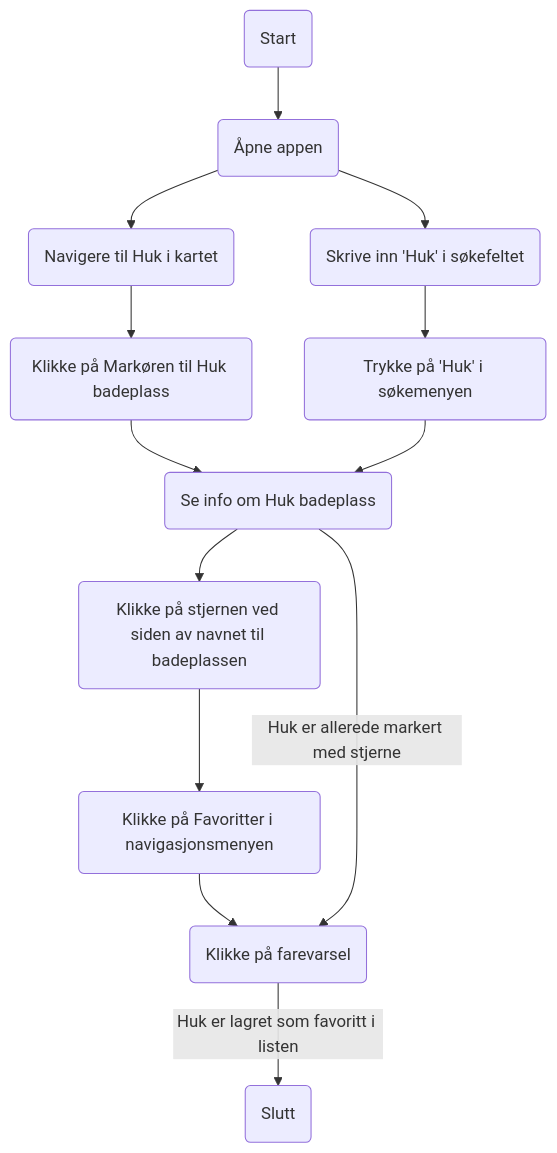
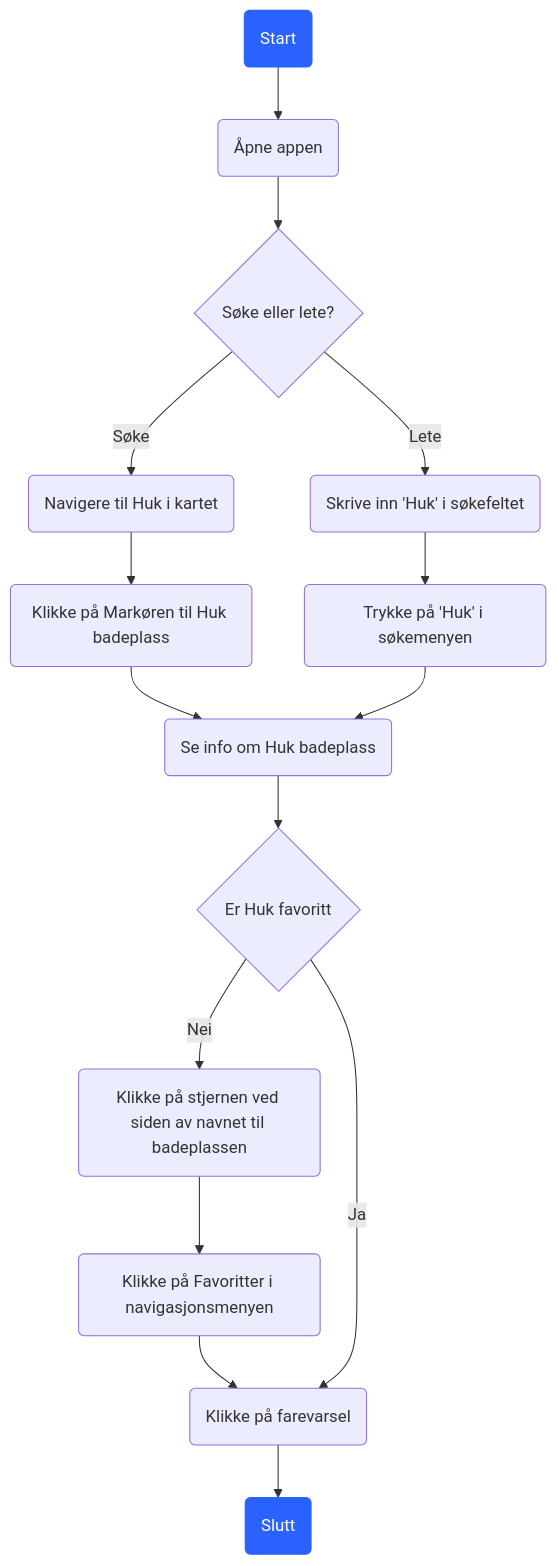
One commit to priyanshuaroraa1/Android-studio-sysdev changed the fourth of 5 diagrams in MODELING.md. Above: the diagram before and after it, drawn with Mermaid. The commit also changed other lines of this file, not shown here.

````diff
--- a/MODELING.md
+++ b/MODELING.md
@@ -182,22 +192,28 @@
 ```mermaid
 flowchart  TD
 
 %% Nodes
 A(Start)
 B(Åpne appen)
 C(Navigere til Huk i kartet)
 I(Skrive inn 'Huk' i søkefeltet)
 J(Trykke på 'Huk' i søkemenyen)
 D(Klikke på Markøren til Huk badeplass)
 K(Se info om Huk badeplass)
 E(Klikke på stjernen ved siden av navnet til badeplassen)
 F(Klikke på Favoritter i navigasjonsmenyen)
 G(Klikke på farevarsel)
 H(Slutt)
+L{Søke eller lete?}
+M{Er Huk favoritt}
 
 %% Edge connections between nodes
-A  -->  B  -->  C  -->  D  -->  K  -->  E  -->  F  -->  G
-B  -->  I  -->  J  -->  K
-K  -- Huk er allerede markert med stjerne -->
-G  -- Huk er lagret som favoritt i listen -->  H
+A -->  B --> L -- Søke--> C  -->  D  -->  K  
+L -- Lete -->  I  -->  J  -->  K --> M
+M --Nei-->  E  -->  F  -->  G
+M -- Ja -->
+G -->  H
+
+style A color:#FFFFFF, stroke:#2962FF, fill:#2962FF
+style H color:#FFFFFF, stroke:#2962FF, fill:#2962FF
 ```
````
